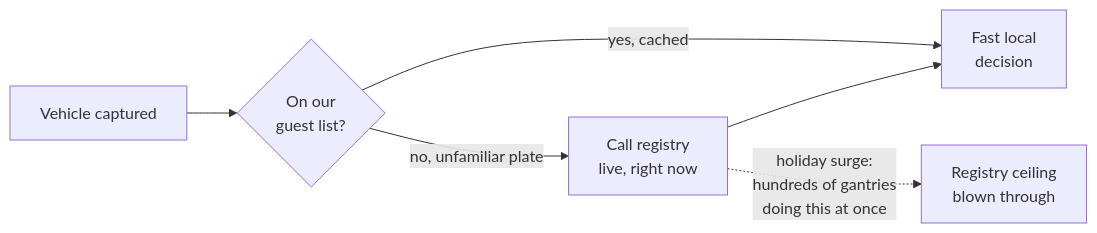
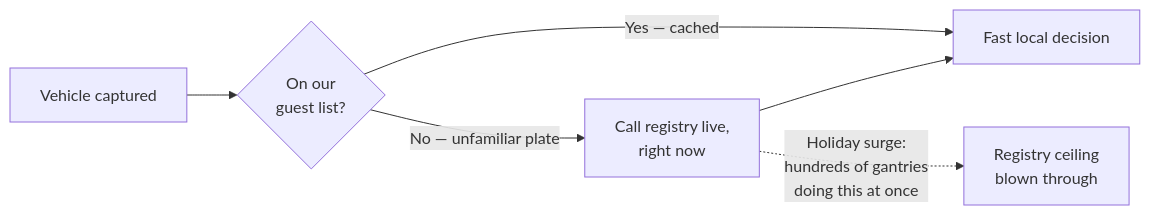
The second of 12 diagrams in system-design/HLD/0-course/49-Toll-Vehicle-Insurance-Validity-Check-FAANG-Guide-story.md (riyaz-pasha/Learnings), drawn with Mermaid before and after one commit. The commit also changed other lines of this file and 1 other file, not shown here.

Commit message:
[REWRITE] Toll Vehicle Insurance Validity Check story guide: simplify prose, add structure, fix diagrams

````diff
--- a/system-design/HLD/0-course/49-Toll-Vehicle-Insurance-Validity-Check-FAANG-Guide-story.md
+++ b/system-design/HLD/0-course/49-Toll-Vehicle-Insurance-Validity-Check-FAANG-Guide-story.md
@@ -44,11 +95,8 @@
 ```mermaid
 flowchart LR
-    A["Vehicle captured"] --> B{"On our
-    guest list?"}
-    B -->|"yes, cached"| C["Fast local
-    decision"]
-    B -->|"no, unfamiliar plate"| D["Call registry
-    live, right now"]
+    A["Vehicle captured"] --> B{"On our<br/>guest list?"}
+    B -->|"Yes — cached"| C["Fast local decision"]
+    B -->|"No — unfamiliar plate"| D["Call registry live,<br/>right now"]
     D --> C
-    D -.->|"holiday surge:\nhundreds of gantries\ndoing this at once"| E["Registry ceiling\nblown through"]
+    D -.->|"Holiday surge:<br/>hundreds of gantries<br/>doing this at once"| E["Registry ceiling<br/>blown through"]
 ```
````
